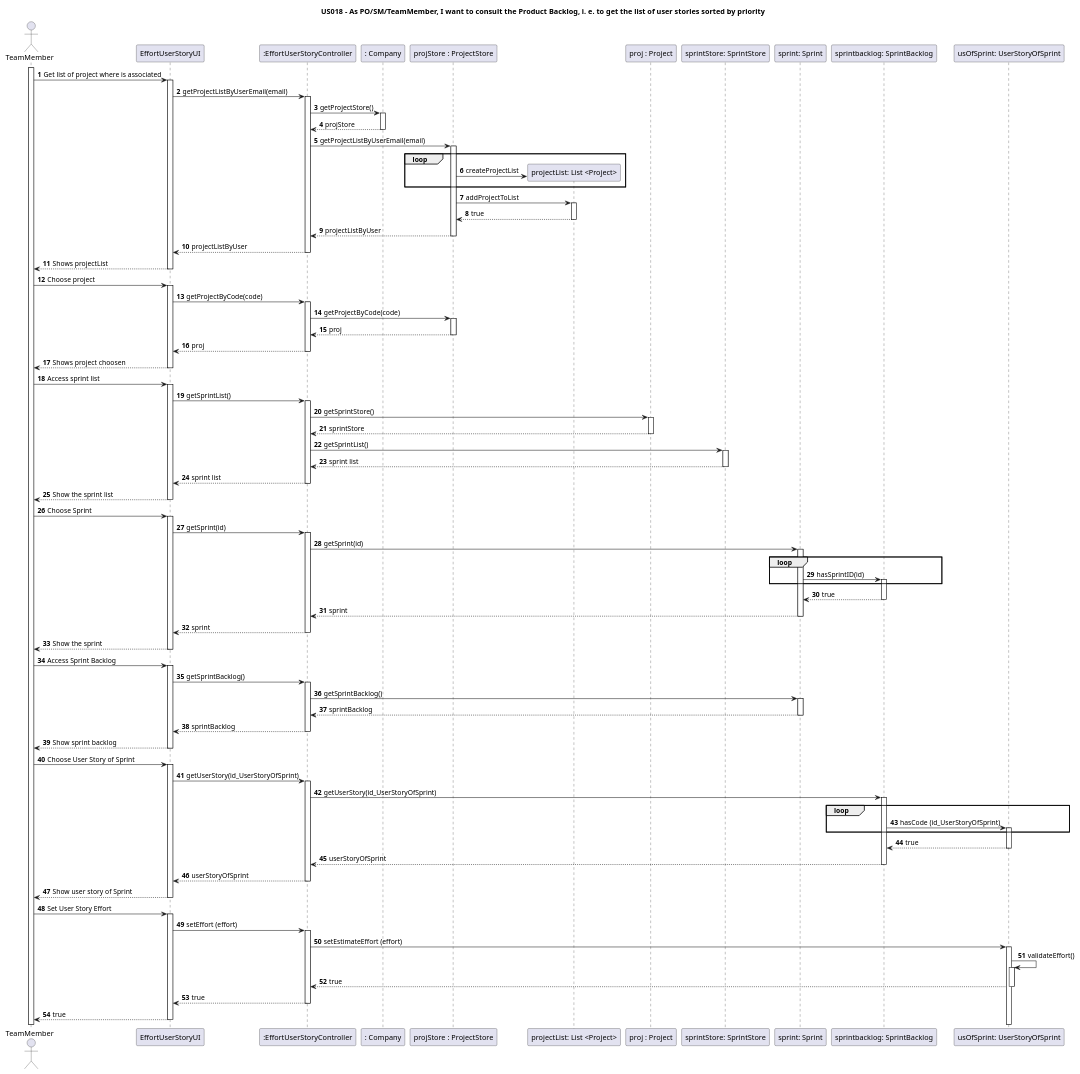
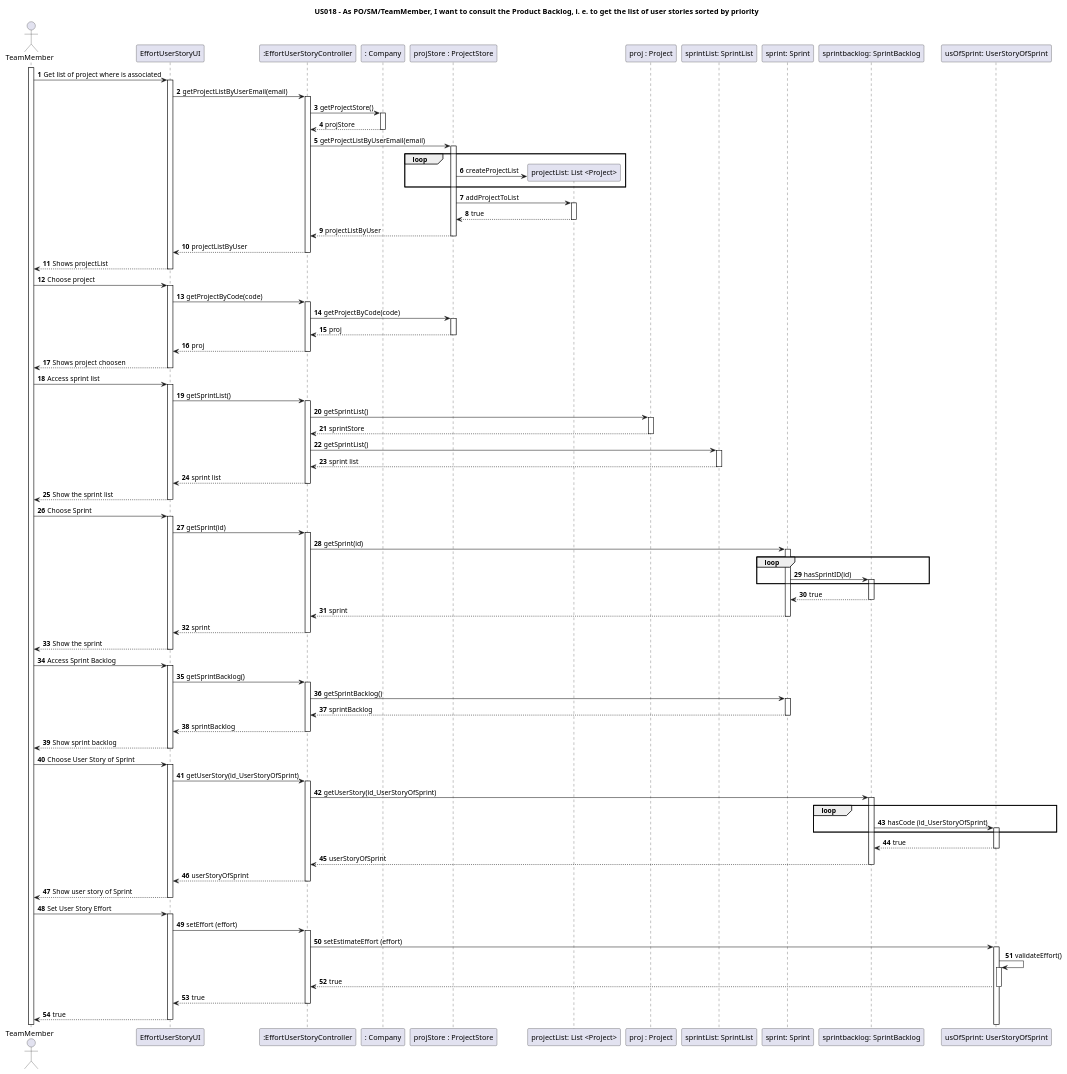
The diagram in docs/Sprint2/US019/US019.puml (nunogon1211787/projectManagement), drawn with PlantUML before and after one commit. The commit also changed 20 other files, not shown here.

```diff
--- a/docs/Sprint2/US019/US019.puml
+++ b/docs/Sprint2/US019/US019.puml
@@ -1,103 +1,91 @@
 @startuml
 'https://plantuml.com/sequence-diagram
 
 title US018 - As PO/SM/TeamMember, I want to consult the Product Backlog, i. e. to get the list of user stories sorted by priority
 
 autoactivate on
 autonumber
 
 actor "TeamMember" as User
 participant "EffortUserStoryUI" as System
 participant ":EffortUserStoryController" as Ctrl
 participant ": Company" as C1
 participant "projStore : ProjectStore" as C2
 participant "projectList: List <Project>" as C2.1
 participant "proj : Project" as C3
-participant "sprintStore: SprintStore" as C4
+participant "sprintList: SprintList" as C4
 participant "sprint: Sprint" as C5
 participant "sprintbacklog: SprintBacklog" as C6
 participant "usOfSprint: UserStoryOfSprint" as C7
 
 activate User
 
 User -> System: Get list of project where is associated
 System -> Ctrl: getProjectListByUserEmail(email)
 Ctrl -> C1: getProjectStore()
 C1 --> Ctrl: projStore
 Ctrl -> C2: getProjectListByUserEmail(email)
 loop
 C2 -> C2.1 ** : createProjectList
 end
 C2-> C2.1 : addProjectToList
 C2.1 --> C2 : true
 
 
 C2 --> Ctrl: projectListByUser
 Ctrl --> System: projectListByUser
 System --> User : Shows projectList
 User -> System: Choose project
 System -> Ctrl: getProjectByCode(code)
 Ctrl -> C2 : getProjectByCode(code)
 C2 --> Ctrl : proj
 Ctrl --> System : proj
 System --> User :Shows project choosen
 
 User -> System: Access sprint list
 System -> Ctrl: getSprintList()
-Ctrl-> C3 : getSprintStore()
+Ctrl-> C3 : getSprintList()
 C3 --> Ctrl : sprintStore
 Ctrl -> C4 : getSprintList()
 C4 --> Ctrl : sprint list
 Ctrl --> System : sprint list
 System --> User : Show the sprint list
 
 User -> System: Choose Sprint
 System -> Ctrl: getSprint(id)
 Ctrl -> C5 : getSprint(id)
 loop
 C5-> C6 : hasSprintID(id)
 end
 C6-->C5 : true
 C5 -->Ctrl: sprint
 Ctrl --> System: sprint
 System --> User: Show the sprint
 
 User-> System : Access Sprint Backlog
 System -> Ctrl: getSprintBacklog()
 Ctrl -> C5 : getSprintBacklog()
 C5 --> Ctrl : sprintBacklog
 Ctrl --> System: sprintBacklog
 System --> User : Show sprint backlog
 
 User -> System: Choose User Story of Sprint
 System -> Ctrl: getUserStory(id_UserStoryOfSprint)
 Ctrl -> C6: getUserStory(id_UserStoryOfSprint)
 loop
 C6 -> C7 : hasCode (id_UserStoryOfSprint)
 end
 C7 --> C6 : true
 C6 -->Ctrl : userStoryOfSprint
 Ctrl --> System: userStoryOfSprint
 System --> User: Show user story of Sprint
 
 User -> System: Set User Story Effort
 System -> Ctrl: setEffort (effort)
 Ctrl -> C7 : setEstimateEffort (effort)
 C7 -> C7 : validateEffort()
 C7 --> Ctrl: true
 Ctrl --> System: true
 System --> User: true
 
-
-
-
-
-
-
-
-
-
-
-
-
 @enduml
```
